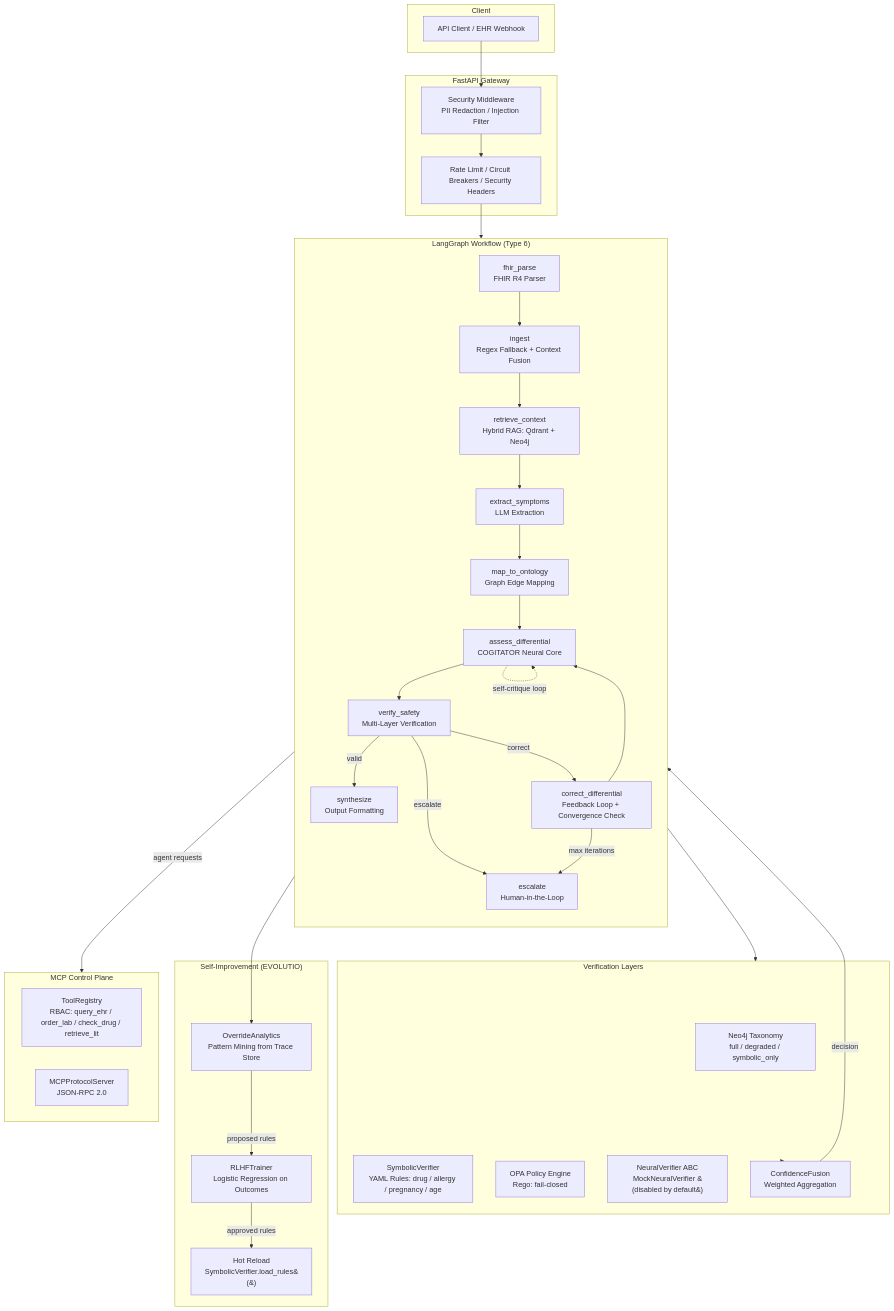
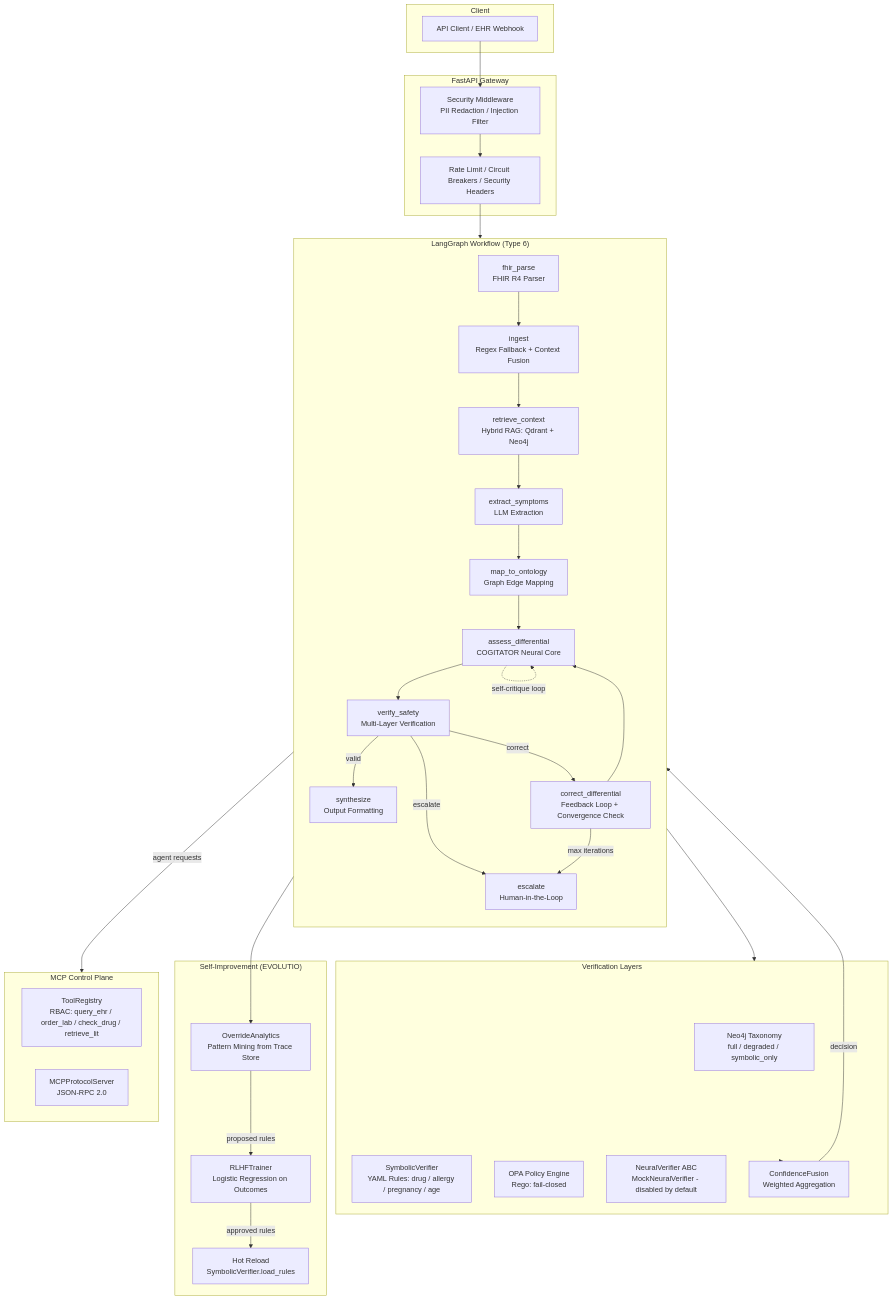
One commit to aragit/speculative-clinical-graphrag changed the first of 4 diagrams in README.md. Above: the diagram before and after it, drawn with Mermaid. The commit also changed other lines of this file, not shown here.

Commit message:
fix: remove parentheses from Mermaid node labels to fix GitHub rendering

````diff
--- a/README.md
+++ b/README.md
@@ -37,61 +37,61 @@
 ```mermaid
 flowchart TB
     subgraph Client
         C[API Client / EHR Webhook]
     end
 
     subgraph Gateway["FastAPI Gateway"]
         M[Security Middleware<br/>PII Redaction / Injection Filter]
         R[Rate Limit / Circuit Breakers / Security Headers]
     end
 
     subgraph Workflow["LangGraph Workflow (Type 6)"]
         direction TB
         FP[fhir_parse<br/>FHIR R4 Parser]
         IN[ingest<br/>Regex Fallback + Context Fusion]
         RC[retrieve_context<br/>Hybrid RAG: Qdrant + Neo4j]
         ES[extract_symptoms<br/>LLM Extraction]
         MO[map_to_ontology<br/>Graph Edge Mapping]
         AD[assess_differential<br/>COGITATOR Neural Core]
         VS[verify_safety<br/>Multi-Layer Verification]
         CD[correct_differential<br/>Feedback Loop + Convergence Check]
         SY[synthesize<br/>Output Formatting]
         ES2[escalate<br/>Human-in-the-Loop]
 
         FP --> IN --> RC --> ES --> MO --> AD --> VS
         VS -->|valid| SY
         VS -->|correct| CD --> AD
         VS -->|escalate| ES2
         CD -->|max iterations| ES2
     end
 
     subgraph Verification["Verification Layers"]
         N4[Neo4j Taxonomy<br/>full / degraded / symbolic_only]
         SV[SymbolicVerifier<br/>YAML Rules: drug / allergy / pregnancy / age]
         OP[OPA Policy Engine<br/>Rego: fail-closed]
-        NV[NeuralVerifier ABC<br/>MockNeuralVerifier &#40;disabled by default&#41;]
+        NV[NeuralVerifier ABC<br/>MockNeuralVerifier - disabled by default]
         CF[ConfidenceFusion<br/>Weighted Aggregation]
     end
 
     subgraph Learning["Self-Improvement (EVOLUTIO)"]
         OA[OverrideAnalytics<br/>Pattern Mining from Trace Store]
         RL[RLHFTrainer<br/>Logistic Regression on Outcomes]
-        HR[Hot Reload<br/>SymbolicVerifier.load_rules&#40;&#41;]
+        HR[Hot Reload<br/>SymbolicVerifier.load_rules]
     end
 
     subgraph MCP["MCP Control Plane"]
         TR[ToolRegistry<br/>RBAC: query_ehr / order_lab / check_drug / retrieve_lit]
         MP[MCPProtocolServer<br/>JSON-RPC 2.0]
     end
 
     C --> M --> R
     R --> Workflow
     AD -.->|self-critique loop| AD
     VS --> Verification
     Verification --> CF
     CF -->|decision| VS
     ES2 --> OA
     OA -->|proposed rules| RL
     RL -->|approved rules| HR
     Workflow -->|agent requests| MCP
 ```
````
